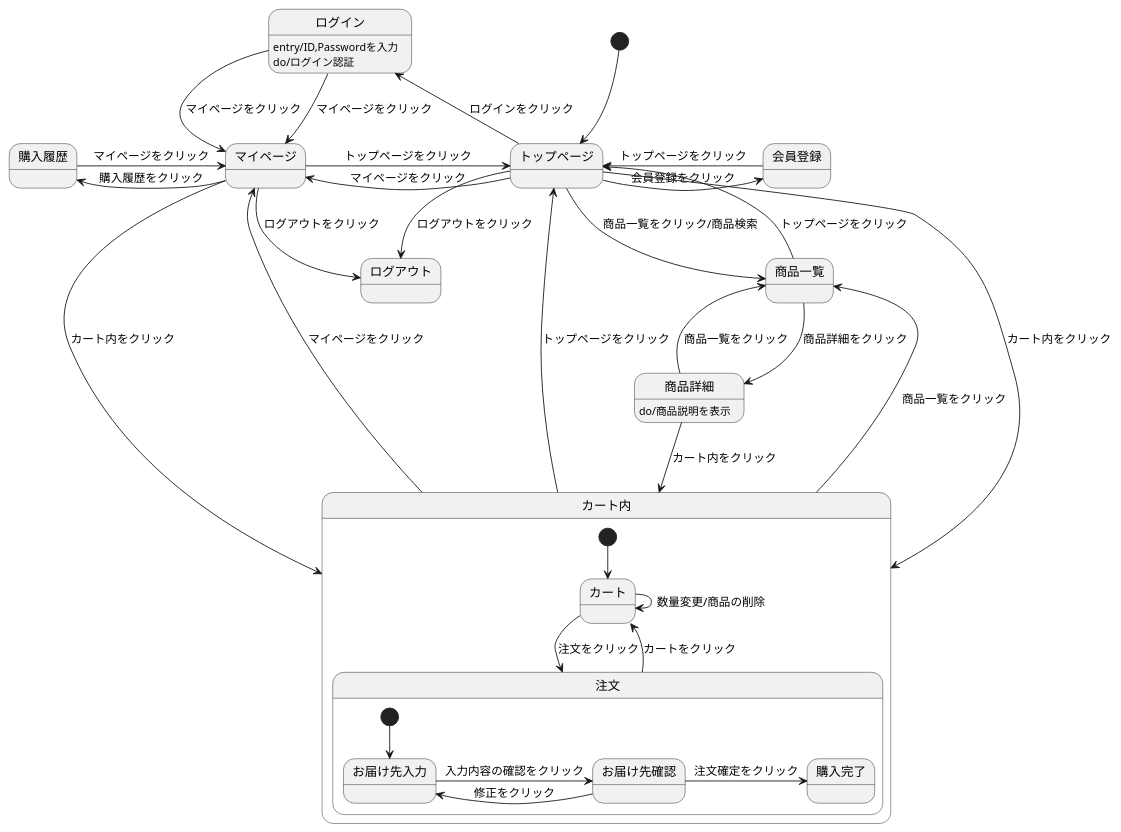
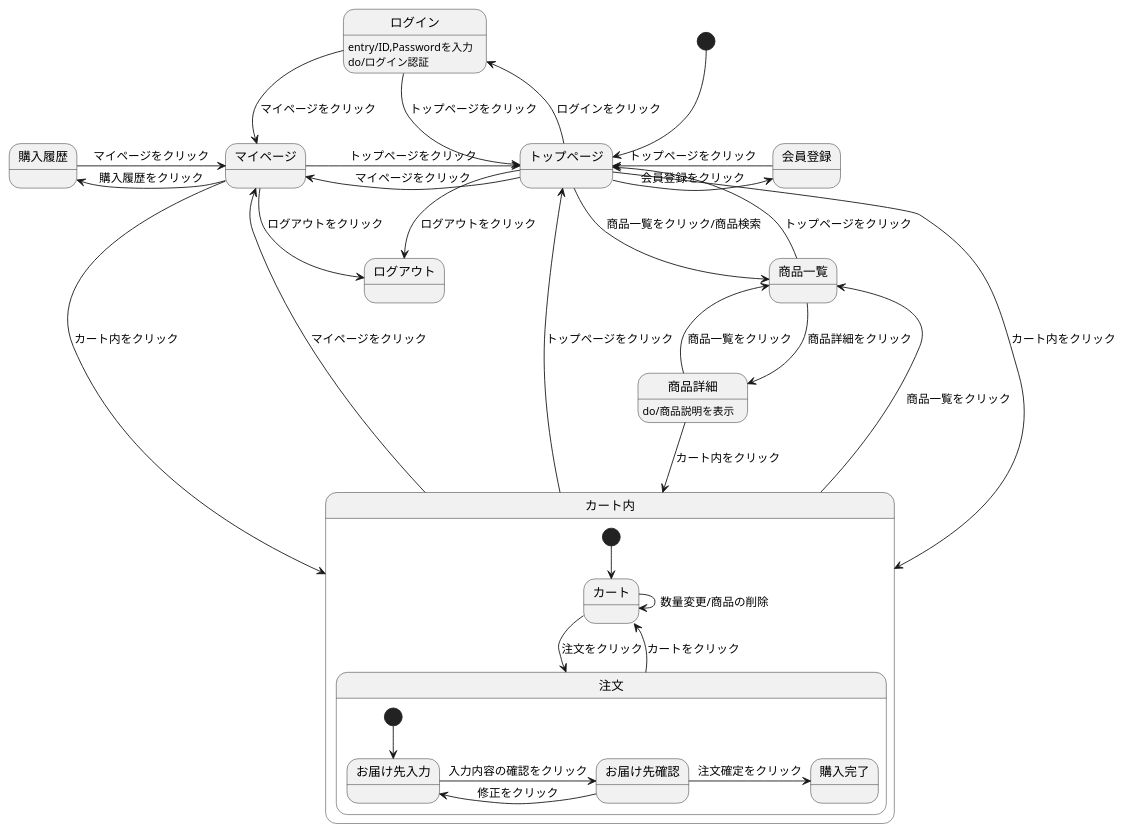
One commit to Aso2001163/2021sys-design-2 changed the diagram in Mypage(状態遷移図).md. Above: the diagram before and after it, drawn with PlantUML.

````diff
--- a/Mypage(状態遷移図).md
+++ b/Mypage(状態遷移図).md
@@ -1,42 +1,42 @@
 ```uml
 @startuml
 [*] --> トップページ
 トップページ -> 会員登録 : 会員登録をクリック
 会員登録 -> トップページ : トップページをクリック
 トップページ -left-> マイページ : マイページをクリック
 トップページ -left-> ログイン : ログインをクリック
-ログイン -> マイページ : マイページをクリック
+ログイン -> トップページ : トップページをクリック
 ログイン -down-> マイページ : マイページをクリック
 ログイン:entry/ID,Passwordを入力
 ログイン:do/ログイン認証
 マイページ -> トップページ : トップページをクリック
 マイページ -down-> ログアウト : ログアウトをクリック
 マイページ -left-> 購入履歴 : 購入履歴をクリック
 マイページ -down-> カート内 : カート内をクリック  
 購入履歴 -> マイページ : マイページをクリック
 トップページ --> 商品一覧 : 商品一覧をクリック/商品検索
 トップページ -> カート内 : カート内をクリック
 トップページ -> ログアウト : ログアウトをクリック
 商品一覧 -> トップページ : トップページをクリック
 商品一覧 -> 商品詳細 : 商品詳細をクリック  
 商品詳細:do/商品説明を表示
 商品詳細 -down-> 商品一覧 : 商品一覧をクリック
 商品詳細 -down-> カート内 : カート内をクリック
 カート内 -> 商品一覧 : 商品一覧をクリック
 カート内 -up-> トップページ : トップページをクリック
 カート内 -up-> マイページ : マイページをクリック   
 
 state カート内 {
   [*] --> カート
   カート -down-> 注文 : 注文をクリック
   カート -> カート : 数量変更/商品の削除
   注文 -down-> カート : カートをクリック
   state 注文 {
     [*] --> お届け先入力
     お届け先入力 -> お届け先確認 : 入力内容の確認をクリック
     お届け先確認 -> お届け先入力 : 修正をクリック
     お届け先確認 -> 購入完了 : 注文確定をクリック
     }
  }
 @enduml
 ```
````
